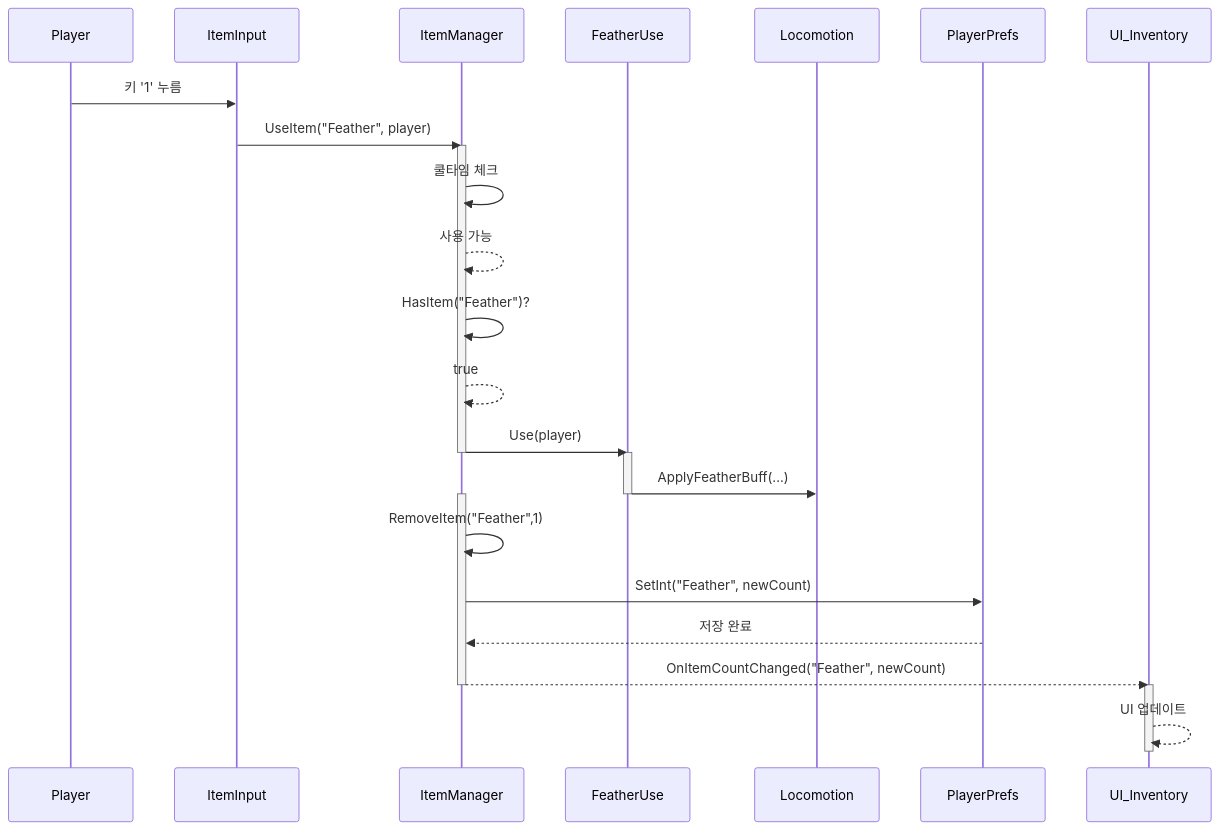
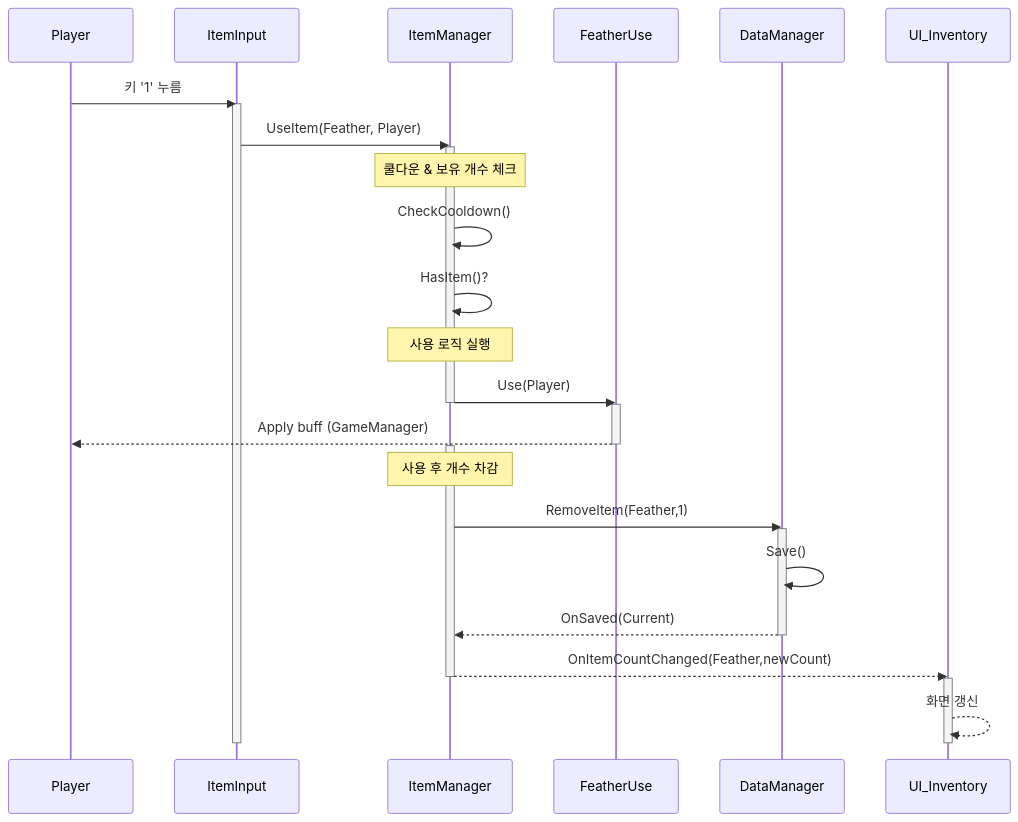
Before and after one commit to heejune1209/Just-climb-: the second of 2 diagrams in 아이템 시퀀스 다이어그램.md, drawn with Mermaid. The commit also changed other lines of this file, not shown here.

Commit message:
Update 아이템 시퀀스 다이어그램.md

````diff
--- a/아이템 시퀀스 다이어그램.md
+++ b/아이템 시퀀스 다이어그램.md
@@ -37,40 +51,45 @@
 ```mermaid
 sequenceDiagram
-    participant 플레이어 as Player
-    participant 입력컴포넌트 as ItemInput
-    participant 아이템매니저 as ItemManager
-    participant 효과스크립트 as FeatherUse
-    participant 이동컴포넌트 as Locomotion
-    participant 저장소 as PlayerPrefs
-    participant 인벤토리UI as UI_Inventory
+    participant Player
+    participant Input as ItemInput
+    participant ItemM as ItemManager
+    participant Effect as FeatherUse
+    participant DataM as DataManager
+    participant InvUI as UI_Inventory
 
-    플레이어->>입력컴포넌트: 키 '1' 누름
-    입력컴포넌트->>아이템매니저: UseItem("Feather", player)
-    activate 아이템매니저
+    Player->>Input: 키 '1' 누름
+    activate Input
 
-    아이템매니저->>아이템매니저: 쿨타임 체크
-    아이템매니저-->>아이템매니저: 사용 가능
+    Input->>ItemM: UseItem(Feather, Player)
+    activate ItemM
 
-    아이템매니저->>아이템매니저: HasItem("Feather")?
-    아이템매니저-->>아이템매니저: true
+    Note over ItemM: 쿨다운 & 보유 개수 체크
+    ItemM->>ItemM: CheckCooldown()
+    ItemM->>ItemM: HasItem()?
 
-    아이템매니저->>효과스크립트: Use(player)
-    deactivate 아이템매니저
+    Note over ItemM: 사용 로직 실행
+    ItemM->>Effect: Use(Player)
+    deactivate ItemM
 
-    activate 효과스크립트
-    효과스크립트->>이동컴포넌트: ApplyFeatherBuff(...)
-    deactivate 효과스크립트
+    activate Effect
+    Effect-->>Player: Apply buff (GameManager)
+    deactivate Effect
 
-    activate 아이템매니저
-    아이템매니저->>아이템매니저: RemoveItem("Feather",1)
-    아이템매니저->>저장소: SetInt("Feather", newCount)
-    저장소-->>아이템매니저: 저장 완료
+    activate ItemM
+    Note over ItemM: 사용 후 개수 차감
+    ItemM->>DataM: RemoveItem(Feather,1)
+    activate DataM
+    DataM->>DataM: Save()
+    DataM-->>ItemM: OnSaved(Current)
+    deactivate DataM
 
-    아이템매니저-->>인벤토리UI: OnItemCountChanged("Feather", newCount)
-    deactivate 아이템매니저
+    ItemM-->>InvUI: OnItemCountChanged(Feather,newCount)
+    deactivate ItemM
 
-    activate 인벤토리UI
-    인벤토리UI-->>인벤토리UI: UI 업데이트
-    deactivate 인벤토리UI
+    activate InvUI
+    InvUI-->>InvUI: 화면 갱신
+    deactivate InvUI
+
+    deactivate Input
 
 ```
````
